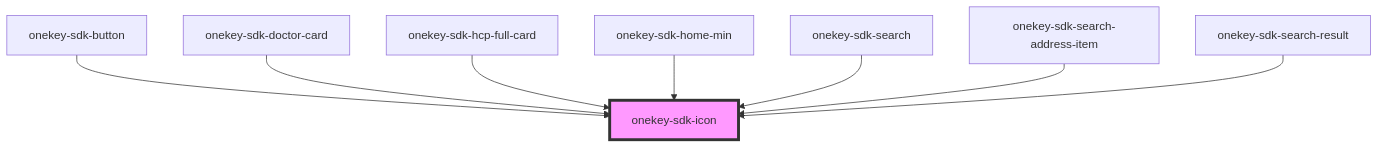
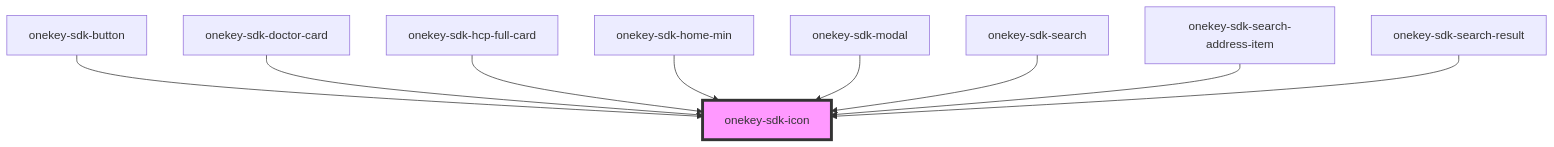
The diagram in packages/onekey-sdk-core-ui/docs/components/ui-kits/onekey-sdk-icon/readme.md (hcl-sdk/HealthCareLocatorWebSDK), drawn with Mermaid before and after one commit. The commit also changed other lines of this file and 57 other files, not shown here.

````diff
--- a/packages/onekey-sdk-core-ui/docs/components/ui-kits/onekey-sdk-icon/readme.md
+++ b/packages/onekey-sdk-core-ui/docs/components/ui-kits/onekey-sdk-icon/readme.md
@@ -32,11 +33,12 @@
 ```mermaid
 graph TD;
   onekey-sdk-button --> onekey-sdk-icon
   onekey-sdk-doctor-card --> onekey-sdk-icon
   onekey-sdk-hcp-full-card --> onekey-sdk-icon
   onekey-sdk-home-min --> onekey-sdk-icon
+  onekey-sdk-modal --> onekey-sdk-icon
   onekey-sdk-search --> onekey-sdk-icon
   onekey-sdk-search-address-item --> onekey-sdk-icon
   onekey-sdk-search-result --> onekey-sdk-icon
   style onekey-sdk-icon fill:#f9f,stroke:#333,stroke-width:4px
 ```
````
